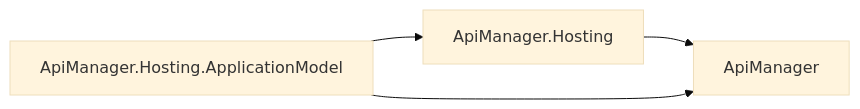
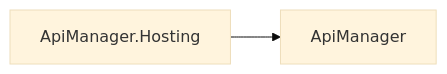
Diagram 12 of 27 in docs/DEPENDENCIES.md (assimalign/cohesion), drawn with Mermaid (base theme) before and after one commit. The commit also changed other lines of this file and 144 other files, not shown here.

First line of the commit message:
feat(fabric): add the fabric/ root with base application-model contracts

````diff
--- a/docs/DEPENDENCIES.md
+++ b/docs/DEPENDENCIES.md
@@ -598,9 +643,6 @@
 ```mermaid
 flowchart LR
     N0["ApiManager"]
     N1["ApiManager.Hosting"]
-    N2["ApiManager.Hosting.ApplicationModel"]
     N1 --> N0
-    N2 --> N0
-    N2 --> N1
 ```
````
